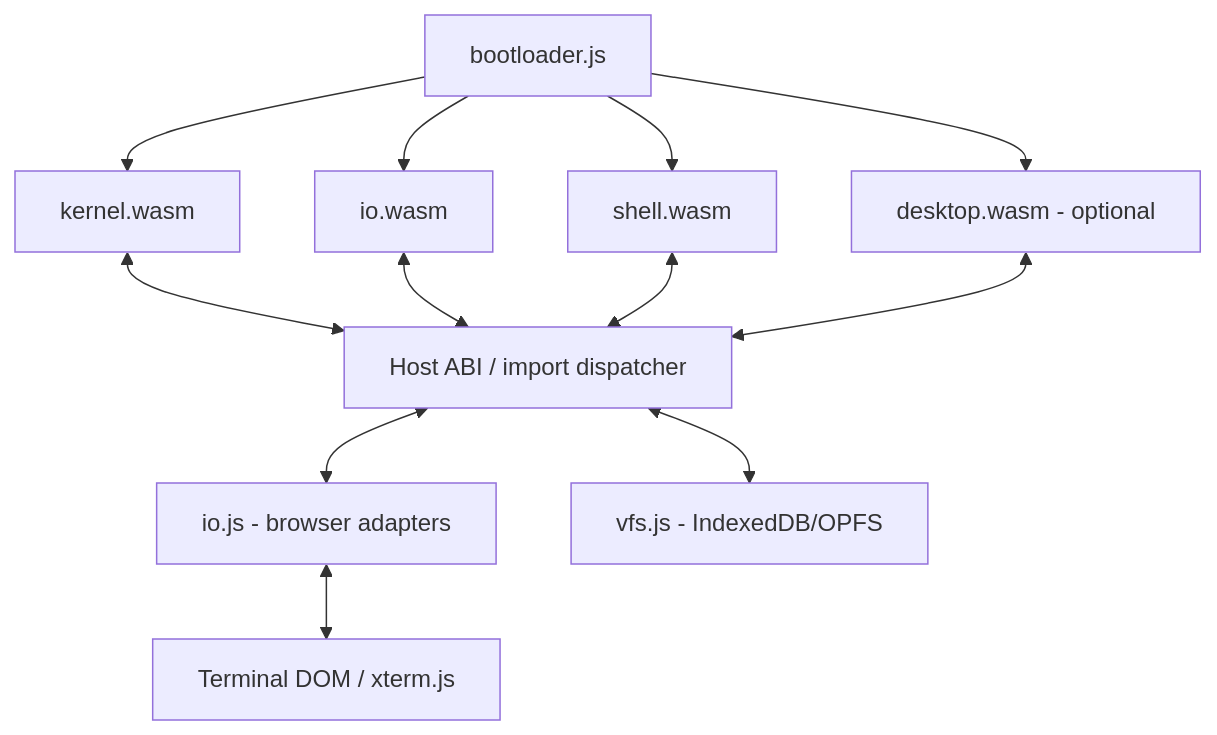
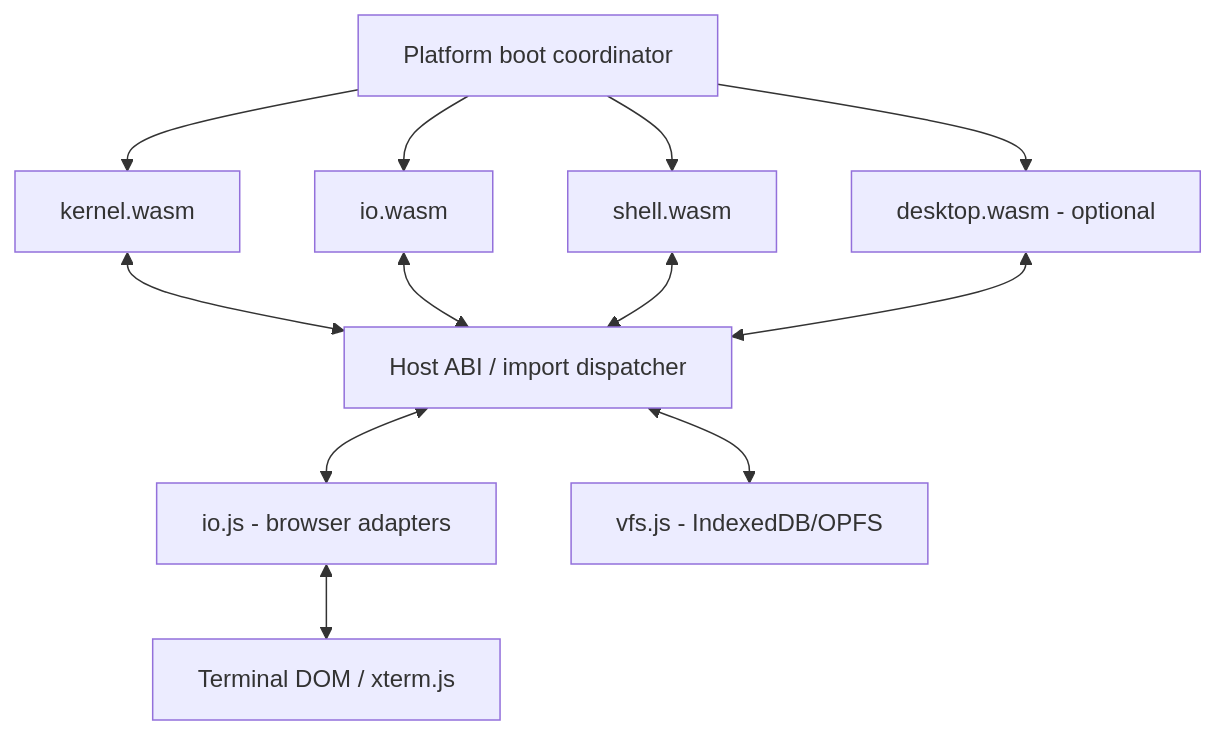
The diagram in apps/shell/README.md (souzamonteiro/maiaos), drawn with Mermaid before and after one commit. The commit also changed other lines of this file and 16 other files, not shown here.

````diff
--- a/apps/shell/README.md
+++ b/apps/shell/README.md
@@ -7,14 +7,14 @@
 ```mermaid
 flowchart TD
- B[bootloader.js] --> K[kernel.wasm]
+ B[Platform boot coordinator] --> K[kernel.wasm]
  B --> I[io.wasm]
  B --> S[shell.wasm]
  B --> D[desktop.wasm - optional]
  K <--> H[Host ABI / import dispatcher]
  I <--> H
  S <--> H
  D <--> H
  H <--> J[io.js - browser adapters]
  H <--> V[vfs.js - IndexedDB/OPFS]
  J <--> T[Terminal DOM / xterm.js]
 ```
````
